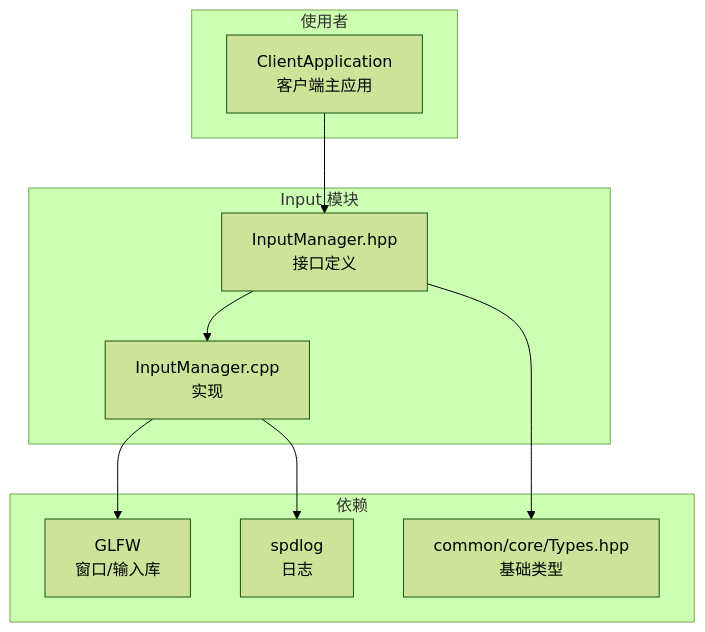
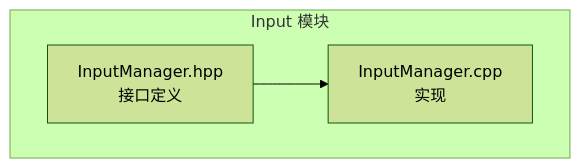
One commit to g122622/Cubium changed the diagram in src/client/input/README.md. Above: the diagram before and after it, drawn with Mermaid (forest theme). The commit also changed other lines of this file and 298 other files, not shown here.

````diff
--- a/src/client/input/README.md
+++ b/src/client/input/README.md
@@ -127,23 +15,9 @@
 ```mermaid
 graph TB
     subgraph "Input 模块"
         A[InputManager.hpp<br/>接口定义]
         B[InputManager.cpp<br/>实现]
     end
 
-    subgraph "依赖"
-        C[GLFW<br/>窗口/输入库]
-        D[spdlog<br/>日志]
-        E[common/core/Types.hpp<br/>基础类型]
-    end
-
-    subgraph "使用者"
-        F[ClientApplication<br/>客户端主应用]
-    end
-
     A --> B
-    B --> C
-    B --> D
-    A --> E
-    F --> A
 ```
````
